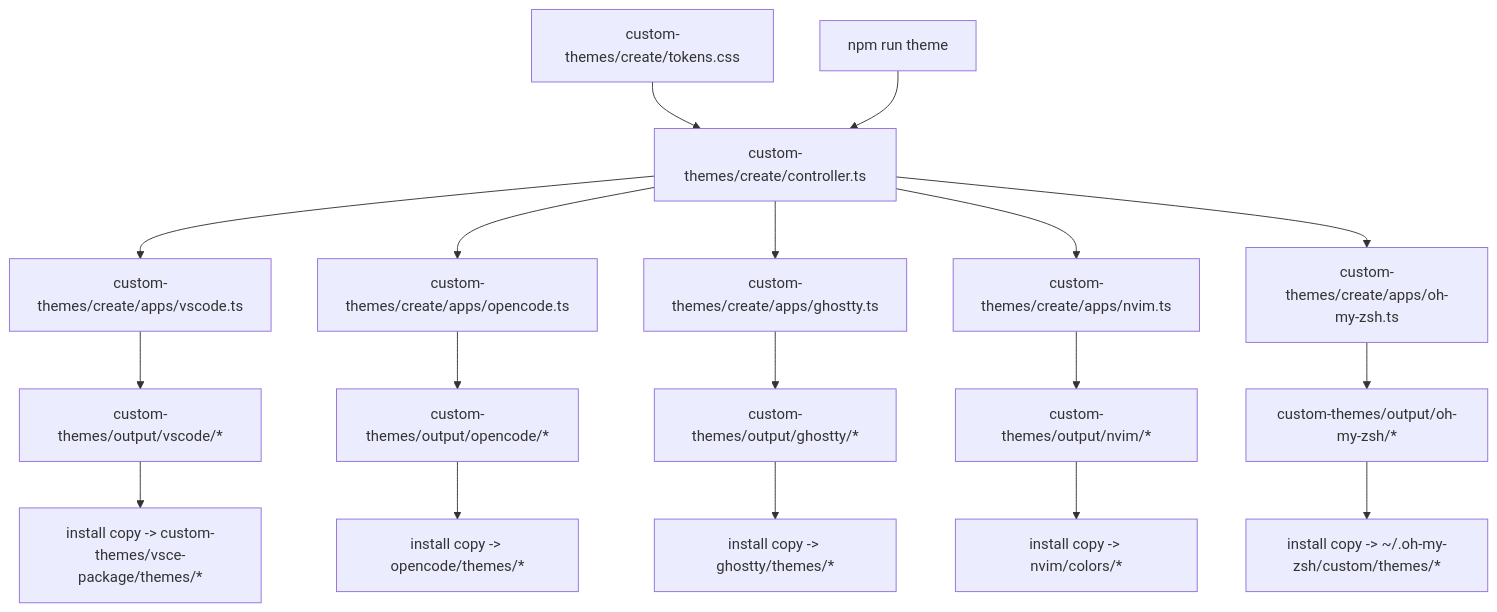
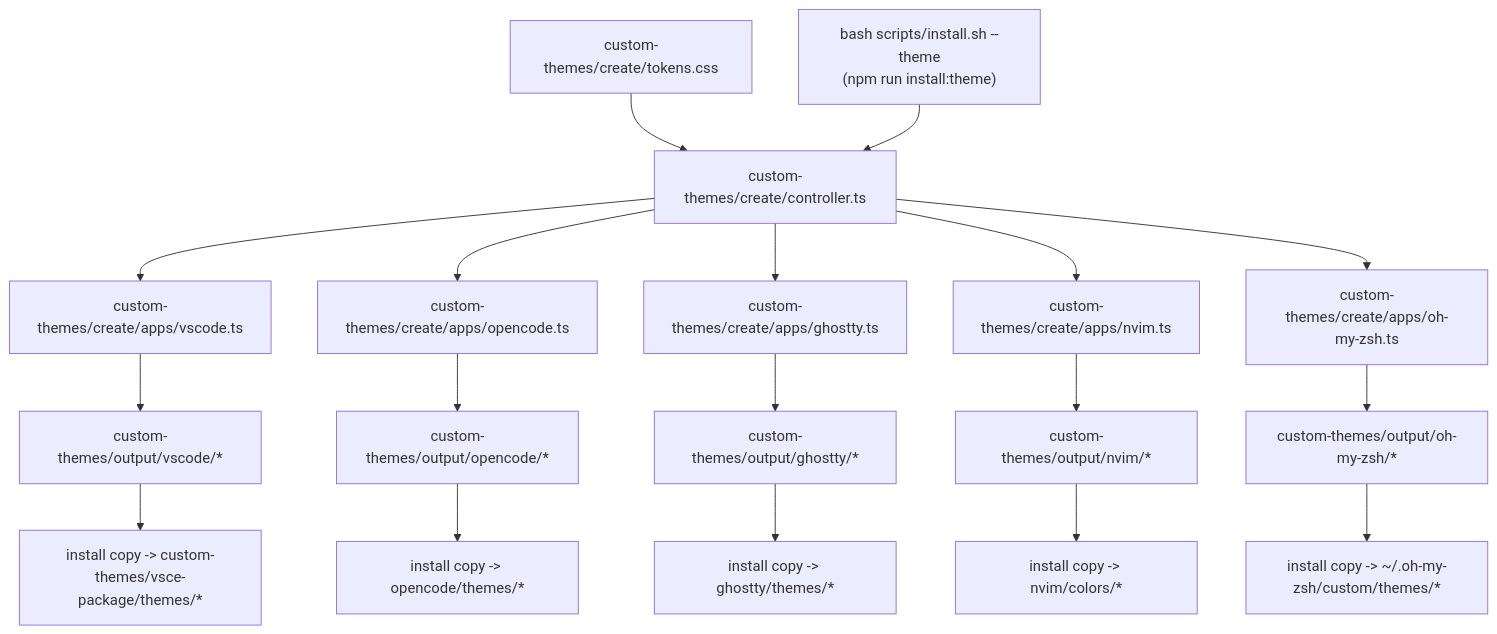
The diagram in custom-themes/create/README.md (g-moe/.dotfiles), drawn with Mermaid before and after one commit. The commit also changed 8 other files, not shown here.

````diff
--- a/custom-themes/create/README.md
+++ b/custom-themes/create/README.md
@@ -3,23 +3,23 @@
 ```mermaid
 flowchart TD
   A["custom-themes/create/tokens.css"] --> B["custom-themes/create/controller.ts"]
   B --> C["custom-themes/create/apps/vscode.ts"]
   B --> D["custom-themes/create/apps/opencode.ts"]
   B --> E["custom-themes/create/apps/ghostty.ts"]
   B --> F["custom-themes/create/apps/nvim.ts"]
   B --> G["custom-themes/create/apps/oh-my-zsh.ts"]
 
   C --> H["custom-themes/output/vscode/*"]
   D --> I["custom-themes/output/opencode/*"]
   E --> J["custom-themes/output/ghostty/*"]
   F --> K["custom-themes/output/nvim/*"]
   G --> L["custom-themes/output/oh-my-zsh/*"]
 
   H --> M["install copy -> custom-themes/vsce-package/themes/*"]
   I --> N["install copy -> opencode/themes/*"]
   J --> O["install copy -> ghostty/themes/*"]
   K --> P["install copy -> nvim/colors/*"]
   L --> Q["install copy -> ~/.oh-my-zsh/custom/themes/*"]
 
-  R["npm run theme"] --> B
+  R["bash scripts/install.sh --theme\n(npm run install:theme)"] --> B
 ```
````
